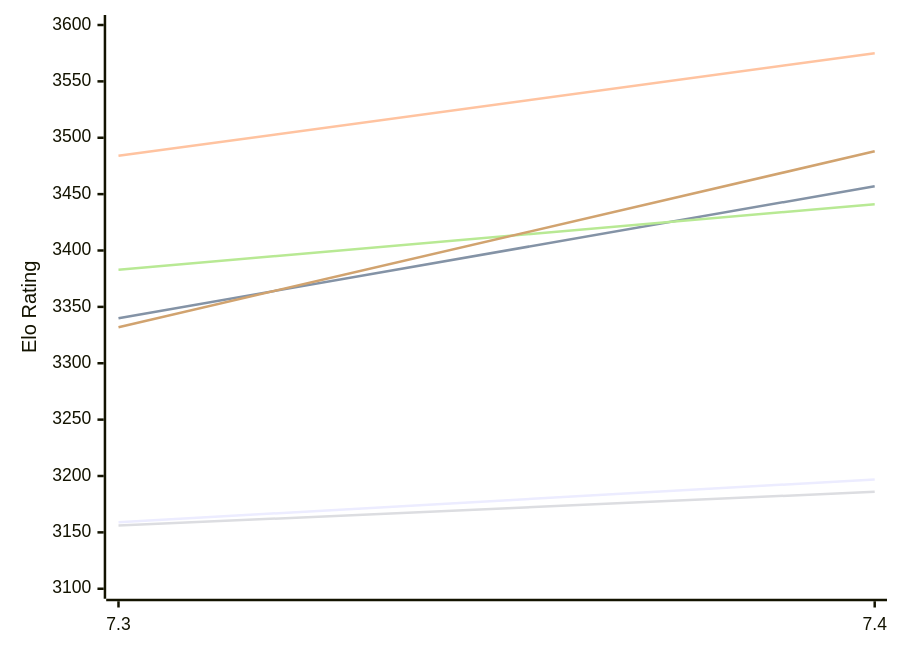
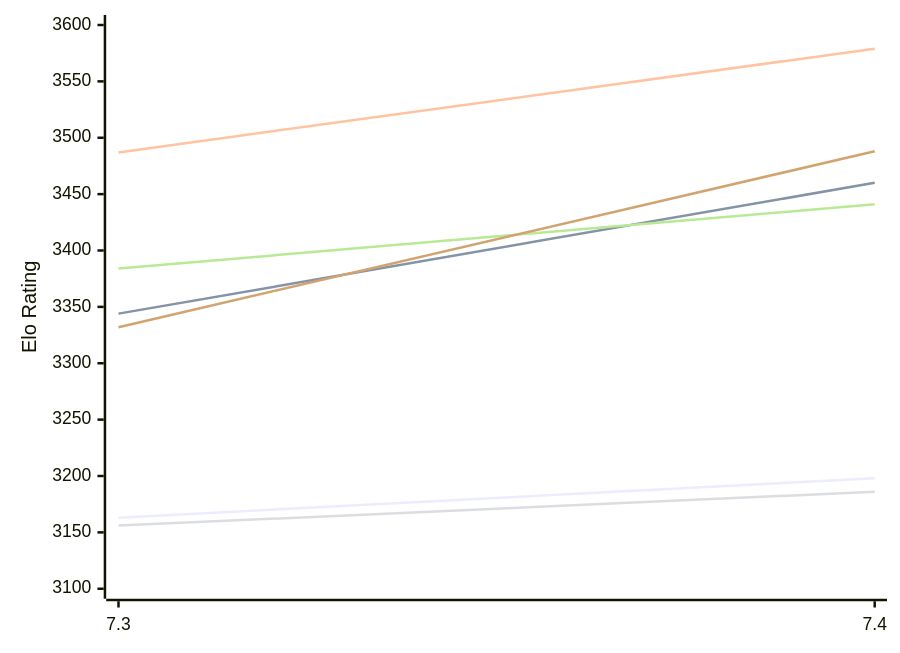
Before and after one commit to computer-chess-index/cci: the diagram in engines/Booot.md, drawn with Mermaid. The commit also changed other lines of this file, not shown here.

Commit message:
Update CCI Ratings (ELO VLTC) - 2026-11-22

````diff
--- a/engines/Booot.md
+++ b/engines/Booot.md
@@ -49,12 +49,12 @@
 ```mermaid
 %%{init: {"theme":"base","themeVariables":{"seriesColors:['#a3a3a3','#222221','#faa371']}}}%%
 xychart-beta
   x-axis ["7.3", "7.4"]
   y-axis "Elo Rating" 3100 --> 3600
-  line "E1: STC (8.0+0.08s)" [3159, 3197]
-  line "E1: LTC (60.0+0.60s)" [3340, 3457]
-  line "E1: VLTC (2m24s+1.12s)" [3484, 3575]
+  line "E1: STC (8.0+0.08s)" [3163, 3198]
+  line "E1: LTC (60.0+0.60s)" [3344, 3460]
+  line "E1: VLTC (2m24s+1.12s)" [3487, 3579]
   line "P1: STC (8.0+0.08s)" [3156, 3186]
-  line "P1: LTC (60.0+0.60s)" [3383, 3441]
+  line "P1: LTC (60.0+0.60s)" [3384, 3441]
   line "P1: VLTC (2m24s+1.12s)" [3332, 3488]
 ```
````
